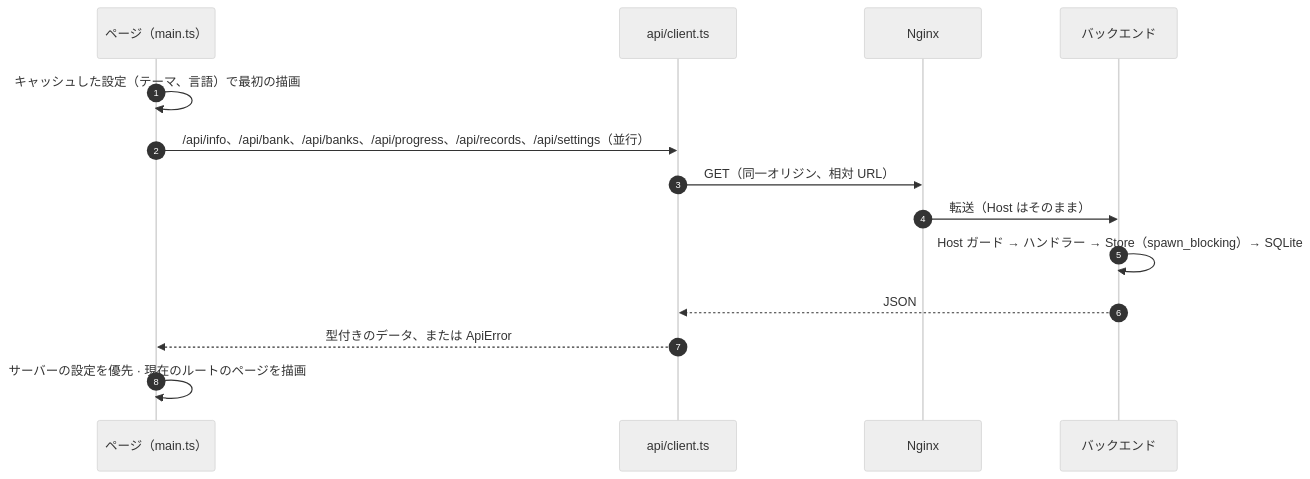
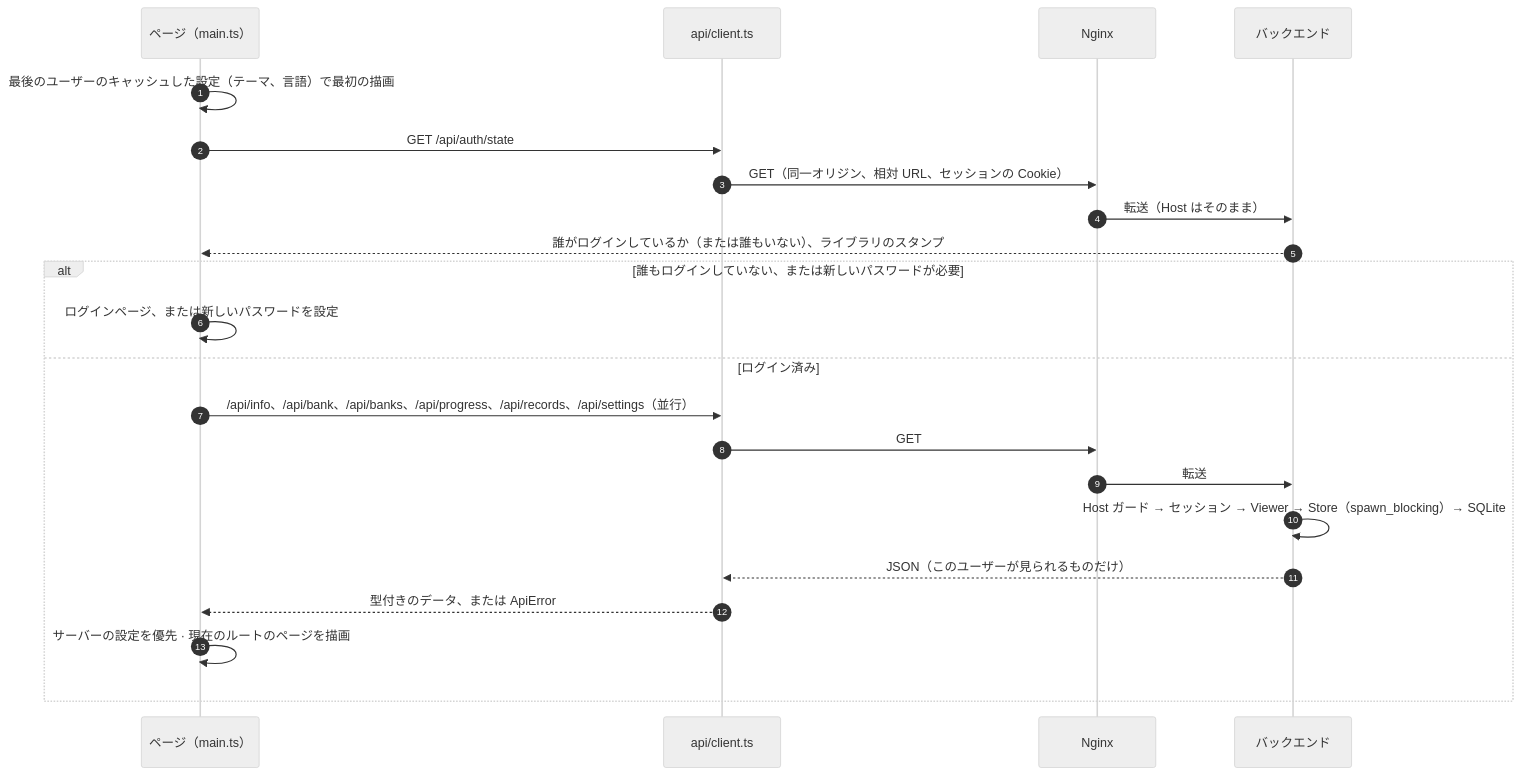
The fourth of 5 diagrams in docs/ja/architecture.md (Yumin-Space/xexam), drawn with Mermaid (neutral theme) before and after one commit. The commit also changed other lines of this file and 295 other files, not shown here.

````diff
--- a/docs/ja/architecture.md
+++ b/docs/ja/architecture.md
@@ -183,16 +246,24 @@
 ```mermaid
 sequenceDiagram
     autonumber
     participant P as ページ（main.ts）
     participant C as api/client.ts
     participant N as Nginx
     participant B as バックエンド
-    P->>P: キャッシュした設定（テーマ、言語）で最初の描画
-    P->>C: /api/info、/api/bank、/api/banks、/api/progress、/api/records、/api/settings（並行）
-    C->>N: GET（同一オリジン、相対 URL）
+    P->>P: 最後のユーザーのキャッシュした設定（テーマ、言語）で最初の描画
+    P->>C: GET /api/auth/state
+    C->>N: GET（同一オリジン、相対 URL、セッションの Cookie）
     N->>B: 転送（Host はそのまま）
-    B->>B: Host ガード → ハンドラー → Store（spawn_blocking）→ SQLite
-    B-->>C: JSON
-    C-->>P: 型付きのデータ、または ApiError
-    P->>P: サーバーの設定を優先 · 現在のルートのページを描画
+    B-->>P: 誰がログインしているか（または誰もいない）、ライブラリのスタンプ
+    alt 誰もログインしていない、または新しいパスワードが必要
+        P->>P: ログインページ、または新しいパスワードを設定
+    else ログイン済み
+        P->>C: /api/info、/api/bank、/api/banks、/api/progress、/api/records、/api/settings（並行）
+        C->>N: GET
+        N->>B: 転送
+        B->>B: Host ガード → セッション → Viewer → Store（spawn_blocking）→ SQLite
+        B-->>C: JSON（このユーザーが見られるものだけ）
+        C-->>P: 型付きのデータ、または ApiError
+        P->>P: サーバーの設定を優先 · 現在のルートのページを描画
+    end
 ```
````
